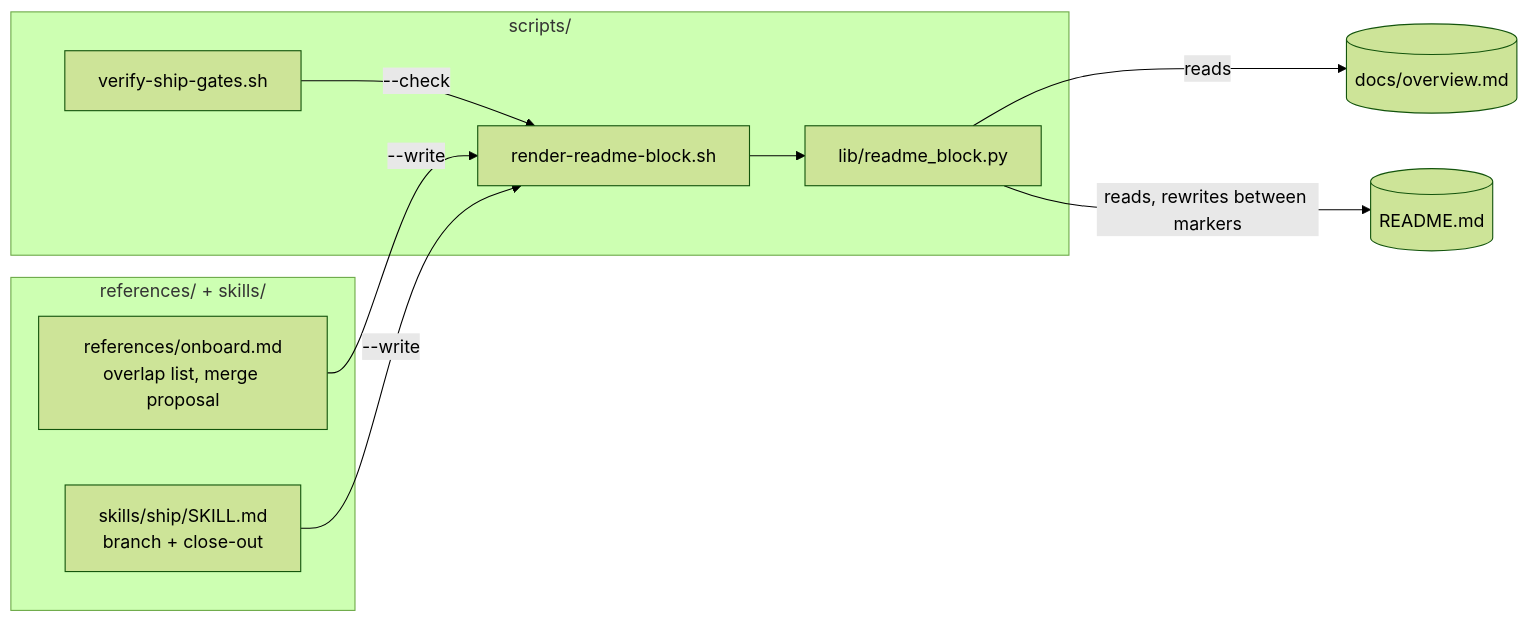
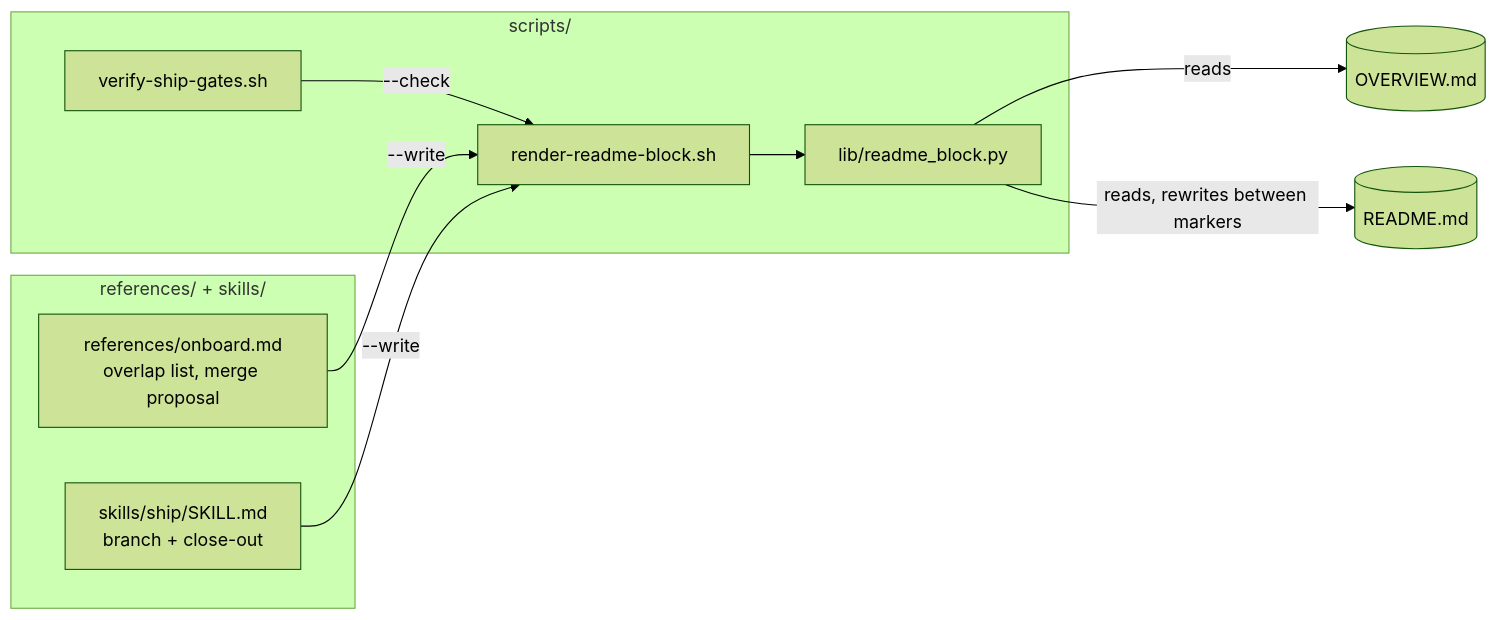
Before and after one commit to dzaffren/claude-plugin: the second of 3 diagrams in docs/specs/readme-block.md, drawn with Mermaid (forest theme). The commit also changed other lines of this file and 3 other files, not shown here.

````diff
--- a/docs/specs/readme-block.md
+++ b/docs/specs/readme-block.md
@@ -219,13 +219,13 @@
 ```mermaid
 flowchart LR
     subgraph scripts["scripts/"]
         SH[render-readme-block.sh] --> PY[lib/readme_block.py]
         VG[verify-ship-gates.sh] -- "--check" --> SH
     end
     subgraph prose["references/ + skills/"]
         OB[references/onboard.md<br/>overlap list, merge proposal] -- "--write" --> SH
         SP[skills/ship/SKILL.md<br/>branch + close-out] -- "--write" --> SH
     end
-    PY -- reads --> OV[(docs/overview.md)]
+    PY -- reads --> OV[(OVERVIEW.md)]
     PY -- "reads, rewrites between markers" --> RM[(README.md)]
 ```
````
